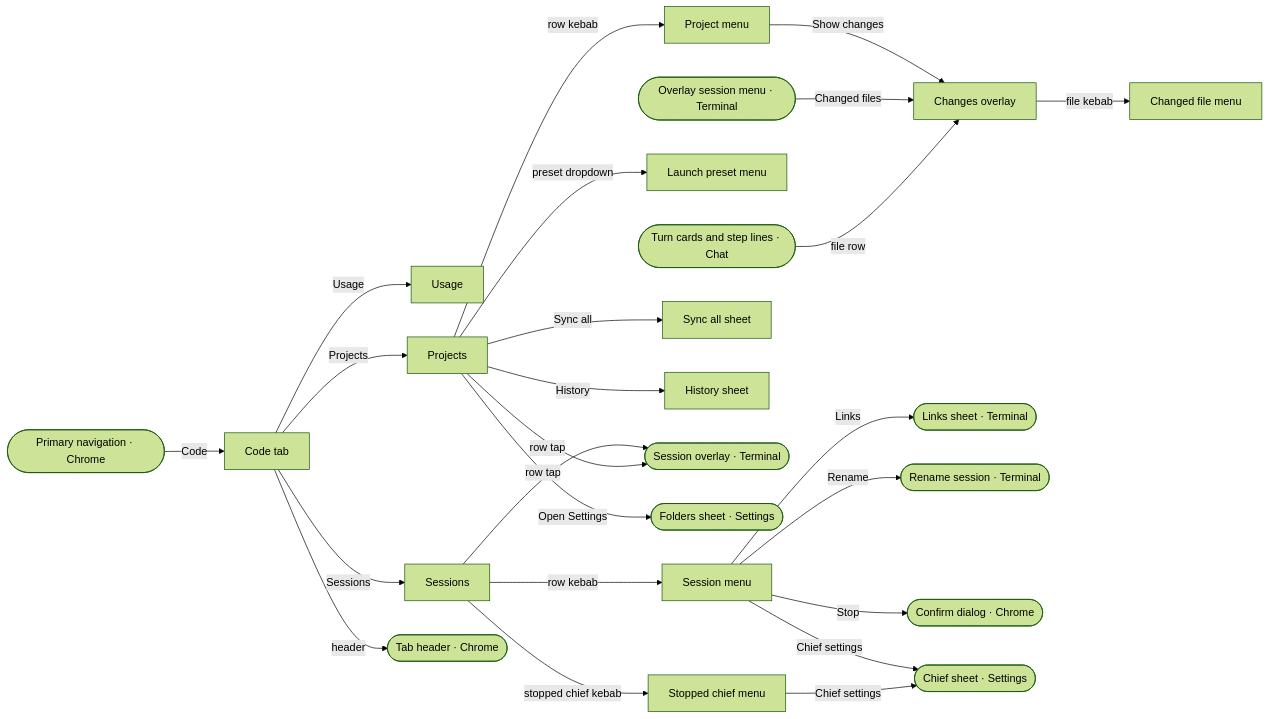
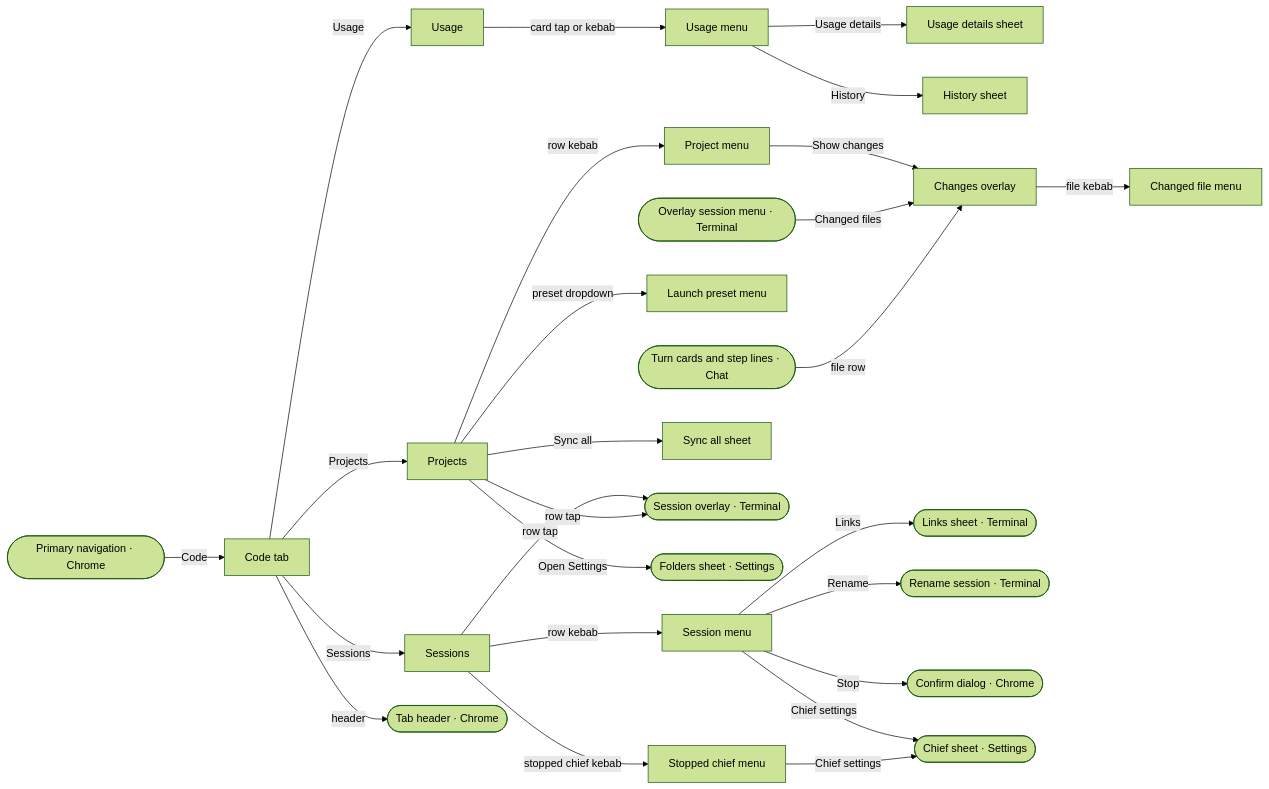
One commit to ferraroroberto/app-launcher-lite changed the second of 11 diagrams in docs/ux-surface-map.md. Above: the diagram before and after it, drawn with Mermaid (forest theme). The commit also changed other lines of this file and 21 other files, not shown here.

First line of the commit message:
feat: open History from the Usage card's menu, not a Projects button (#637) (#641)

````diff
--- a/docs/ux-surface-map.md
+++ b/docs/ux-surface-map.md
@@ -205,48 +205,52 @@
 ```mermaid
 flowchart LR
   s10["Code tab"]
   s11["Usage"]
-  s12["Sessions"]
-  s13["Session menu"]
-  s14["Stopped chief menu"]
-  s15["Projects"]
-  s16["Launch preset menu"]
-  s17["Project menu"]
-  s18["Sync all sheet"]
-  s19["History sheet"]
-  s20["Changes overlay"]
-  s21["Changed file menu"]
+  s12["Usage menu"]
+  s13["Usage details sheet"]
+  s14["Sessions"]
+  s15["Session menu"]
+  s16["Stopped chief menu"]
+  s17["Projects"]
+  s18["Launch preset menu"]
+  s19["Project menu"]
+  s20["Sync all sheet"]
+  s21["History sheet"]
+  s22["Changes overlay"]
+  s23["Changed file menu"]
   s0(["Primary navigation · Chrome"])
   s1(["Tab header · Chrome"])
-  s22(["Session overlay · Terminal"])
-  s28(["Links sheet · Terminal"])
-  s27(["Rename session · Terminal"])
+  s24(["Session overlay · Terminal"])
+  s30(["Links sheet · Terminal"])
+  s29(["Rename session · Terminal"])
   s6(["Confirm dialog · Chrome"])
-  s90(["Chief sheet · Settings"])
-  s97(["Folders sheet · Settings"])
-  s24(["Overlay session menu · Terminal"])
-  s33(["Turn cards and step lines · Chat"])
+  s92(["Chief sheet · Settings"])
+  s99(["Folders sheet · Settings"])
+  s26(["Overlay session menu · Terminal"])
+  s35(["Turn cards and step lines · Chat"])
   s0 -->|"Code"| s10
   s10 -->|"Usage"| s11
-  s10 -->|"Sessions"| s12
-  s10 -->|"Projects"| s15
+  s10 -->|"Sessions"| s14
+  s10 -->|"Projects"| s17
   s10 -->|"header"| s1
-  s12 -->|"row tap"| s22
-  s12 -->|"row kebab"| s13
-  s12 -->|"stopped chief kebab"| s14
-  s13 -->|"Links"| s28
-  s13 -->|"Rename"| s27
-  s13 -->|"Stop"| s6
-  s13 -->|"Chief settings"| s90
-  s14 -->|"Chief settings"| s90
-  s15 -->|"row kebab"| s17
-  s15 -->|"preset dropdown"| s16
-  s15 -->|"Sync all"| s18
-  s15 -->|"History"| s19
-  s15 -->|"Open Settings"| s97
-  s15 -->|"row tap"| s22
-  s17 -->|"Show changes"| s20
-  s20 -->|"file kebab"| s21
-  s24 -->|"Changed files"| s20
-  s33 -->|"file row"| s20
+  s11 -->|"card tap or kebab"| s12
+  s12 -->|"Usage details"| s13
+  s12 -->|"History"| s21
+  s14 -->|"row tap"| s24
+  s14 -->|"row kebab"| s15
+  s14 -->|"stopped chief kebab"| s16
+  s15 -->|"Links"| s30
+  s15 -->|"Rename"| s29
+  s15 -->|"Stop"| s6
+  s15 -->|"Chief settings"| s92
+  s16 -->|"Chief settings"| s92
+  s17 -->|"row kebab"| s19
+  s17 -->|"preset dropdown"| s18
+  s17 -->|"Sync all"| s20
+  s17 -->|"Open Settings"| s99
+  s17 -->|"row tap"| s24
+  s19 -->|"Show changes"| s22
+  s22 -->|"file kebab"| s23
+  s26 -->|"Changed files"| s22
+  s35 -->|"file row"| s22
 ```
````
